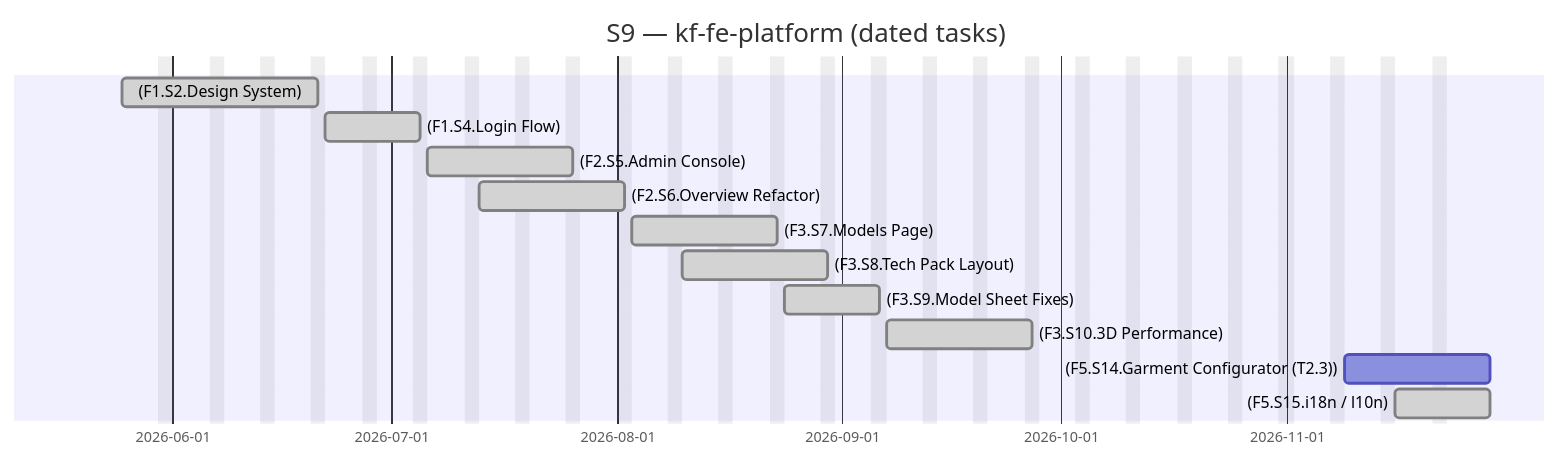
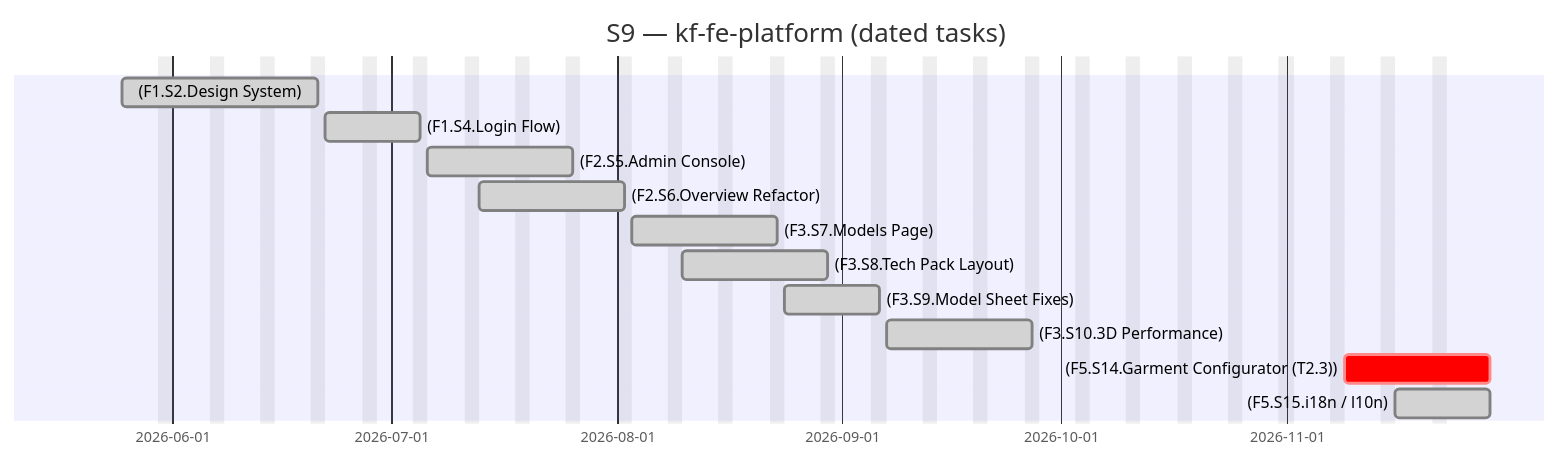
The second of 2 diagrams in docs/_projects/kf-fe-platform.md (Katty-Fashion/kf-cpto), drawn with Mermaid before and after one commit. The commit also changed other lines of this file and 16 other files, not shown here.

````diff
--- a/docs/_projects/kf-fe-platform.md
+++ b/docs/_projects/kf-fe-platform.md
@@ -81,17 +81,17 @@
 ```mermaid
 gantt
     title S9 — kf-fe-platform (dated tasks)
     dateFormat YYYY-MM-DD
     excludes weekends
 
     (F1.S2.Design System) :done, 2026-05-25, 2026-06-21
     (F1.S4.Login Flow) :done, 2026-06-22, 2026-07-05
     (F2.S5.Admin Console) :done, 2026-07-06, 2026-07-26
     (F2.S6.Overview Refactor) :done, 2026-07-13, 2026-08-02
     (F3.S7.Models Page) :done, 2026-08-03, 2026-08-23
     (F3.S8.Tech Pack Layout) :done, 2026-08-10, 2026-08-30
     (F3.S9.Model Sheet Fixes) :done, 2026-08-24, 2026-09-06
     (F3.S10.3D Performance) :done, 2026-09-07, 2026-09-27
-    (F5.S14.Garment Configurator (T2.3)) :2026-11-09, 2026-11-29
+    (F5.S14.Garment Configurator (T2.3)) :crit, 2026-11-09, 2026-11-29
     (F5.S15.i18n / l10n) :done, 2026-11-16, 2026-11-29
 ```
````
